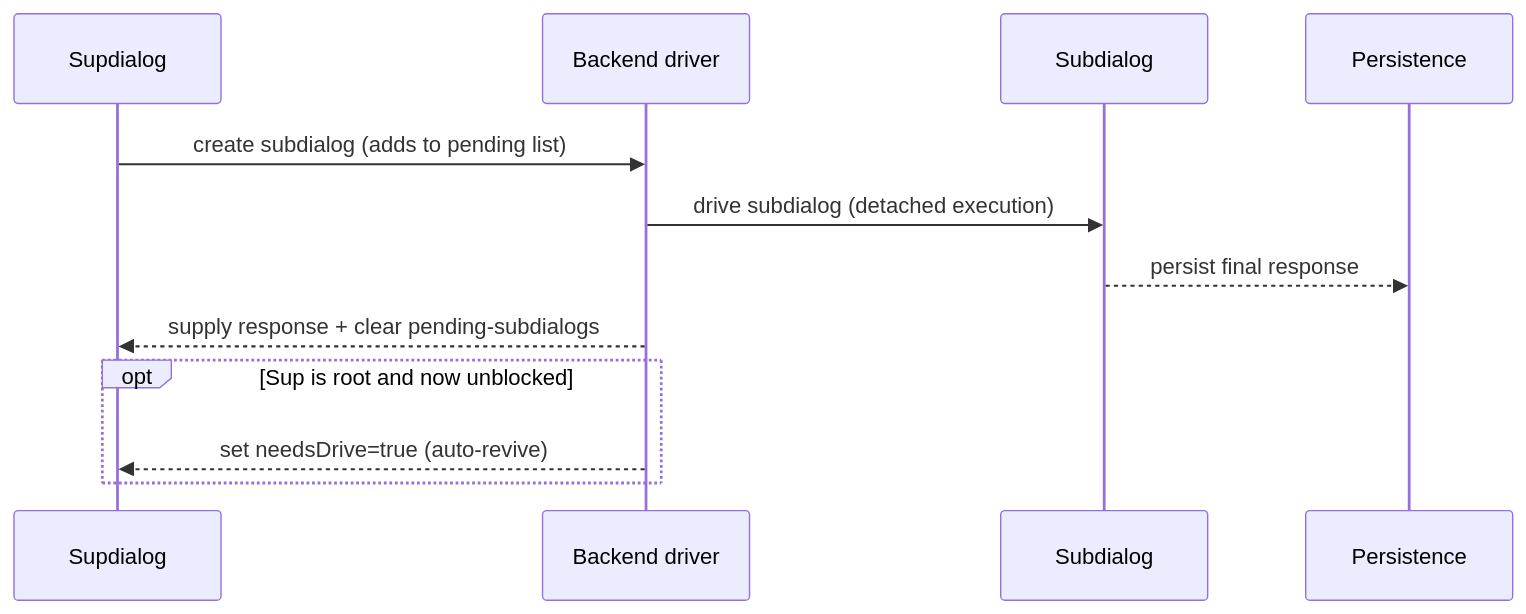
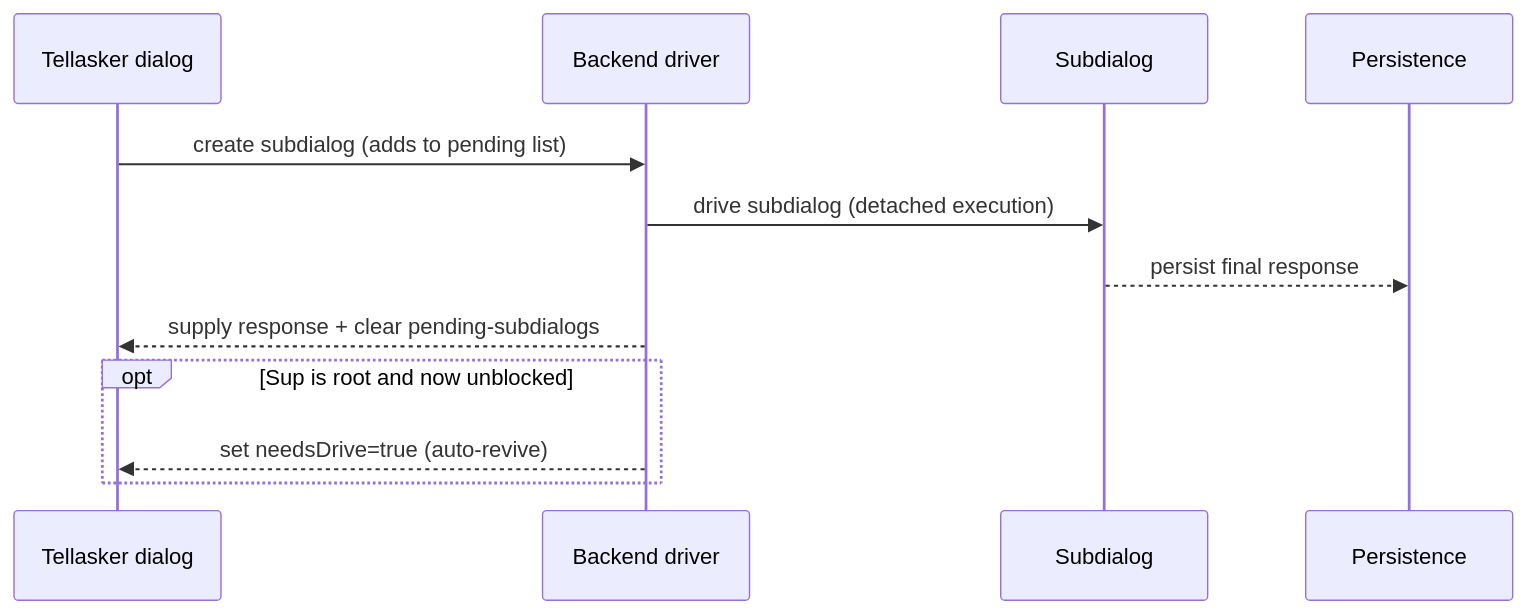
Before and after one commit to longrun-ai/dominds: the seventh of 18 diagrams in docs/dialog-system.md, drawn with Mermaid. The commit also changed other lines of this file and 13 other files, not shown here.

````diff
--- a/docs/dialog-system.md
+++ b/docs/dialog-system.md
@@ -612,15 +635,15 @@
 ```mermaid
 sequenceDiagram
-  participant Sup as Supdialog
+  participant Sup as Tellasker dialog
   participant Driver as Backend driver
   participant Sub as Subdialog
   participant Store as Persistence
 
   Sup->>Driver: create subdialog (adds to pending list)
   Driver->>Sub: drive subdialog (detached execution)
   Sub-->>Store: persist final response
   Driver-->>Sup: supply response + clear pending-subdialogs
   opt Sup is root and now unblocked
     Driver-->>Sup: set needsDrive=true (auto-revive)
   end
 ```
````
